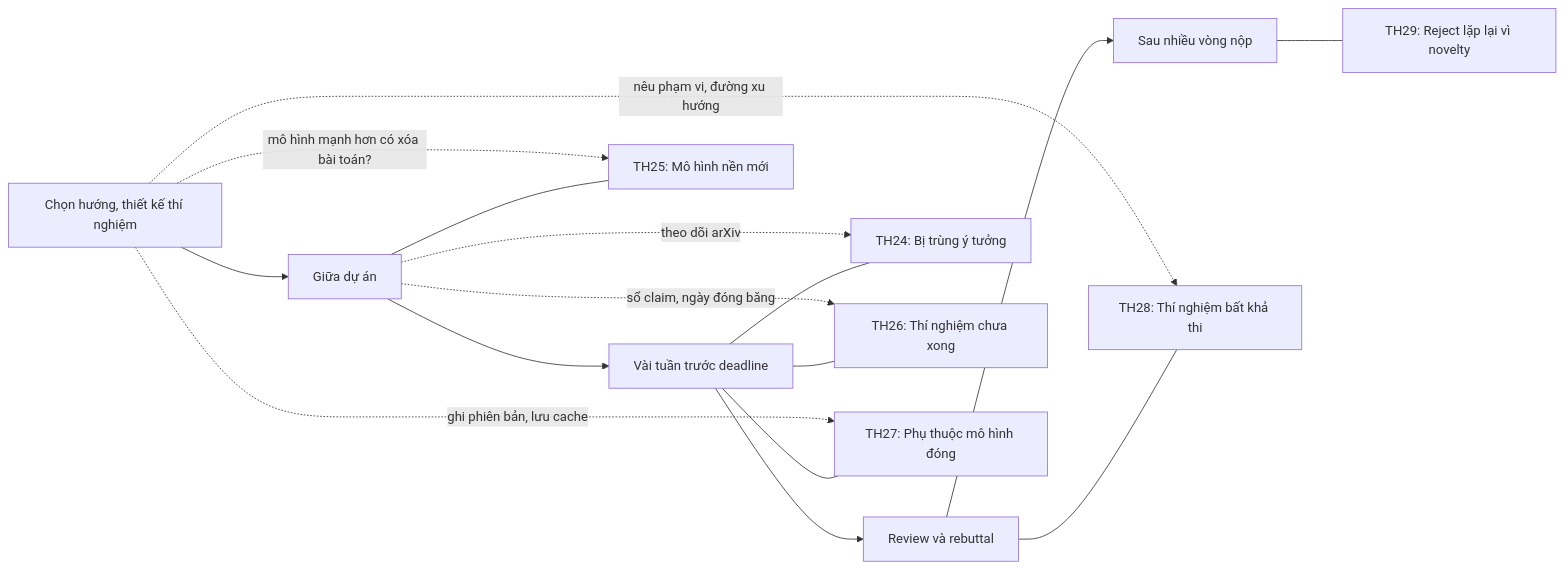
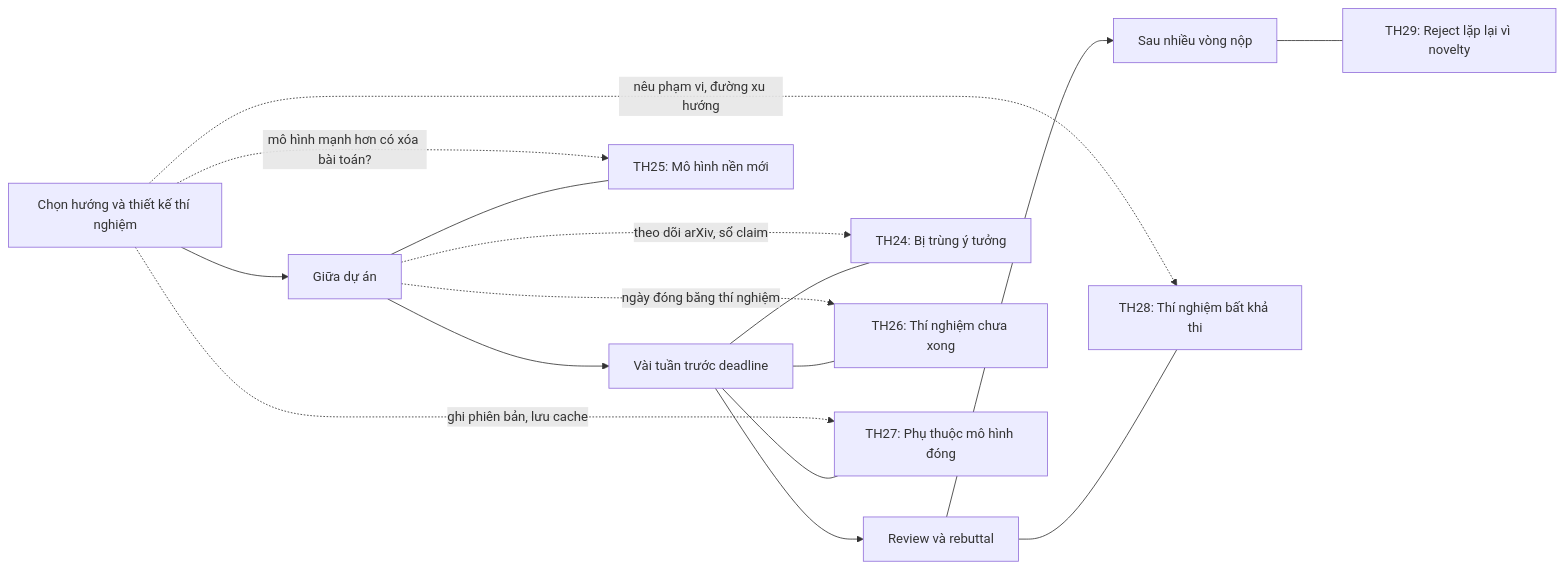
One commit to tuandung222/How-to-write-Astar-Paper changed the diagram in docs/08-tinh-huong-kho/ap-luc-ben-ngoai.md. Above: the diagram before and after it, drawn with Mermaid. The commit also changed other lines of this file and 4 other files, not shown here.

````diff
--- a/docs/08-tinh-huong-kho/ap-luc-ben-ngoai.md
+++ b/docs/08-tinh-huong-kho/ap-luc-ben-ngoai.md
@@ -349,18 +416,18 @@
 ```mermaid
 flowchart LR
-  P0["Chọn hướng, thiết kế thí nghiệm"] --> P1["Giữa dự án"]
+  P0["Chọn hướng và thiết kế thí nghiệm"] --> P1["Giữa dự án"]
   P1 --> P2["Vài tuần trước deadline"]
   P2 --> P3["Review và rebuttal"]
   P3 --> P4["Sau nhiều vòng nộp"]
   P1 --- T25["TH25: Mô hình nền mới"]
   P2 --- T24["TH24: Bị trùng ý tưởng"]
   P2 --- T26["TH26: Thí nghiệm chưa xong"]
   P2 --- T27["TH27: Phụ thuộc mô hình đóng"]
   P3 --- T28["TH28: Thí nghiệm bất khả thi"]
   P4 --- T29["TH29: Reject lặp lại vì novelty"]
   P0 -.->|"ghi phiên bản, lưu cache"| T27
   P0 -.->|"mô hình mạnh hơn có xóa bài toán?"| T25
   P0 -.->|"nêu phạm vi, đường xu hướng"| T28
-  P1 -.->|"theo dõi arXiv"| T24
-  P1 -.->|"sổ claim, ngày đóng băng"| T26
+  P1 -.->|"theo dõi arXiv, sổ claim"| T24
+  P1 -.->|"ngày đóng băng thí nghiệm"| T26
 ```
````
